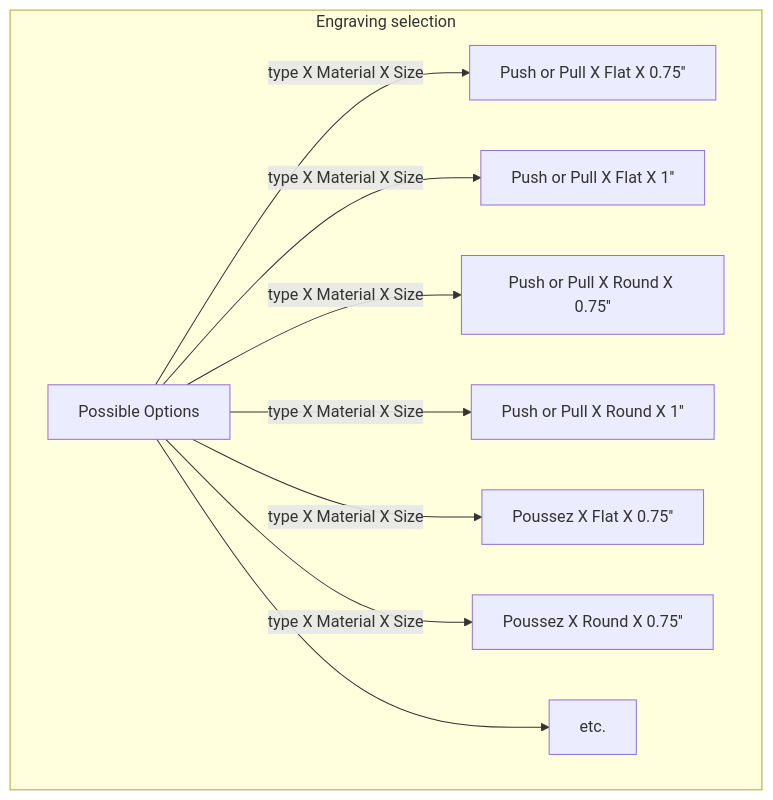
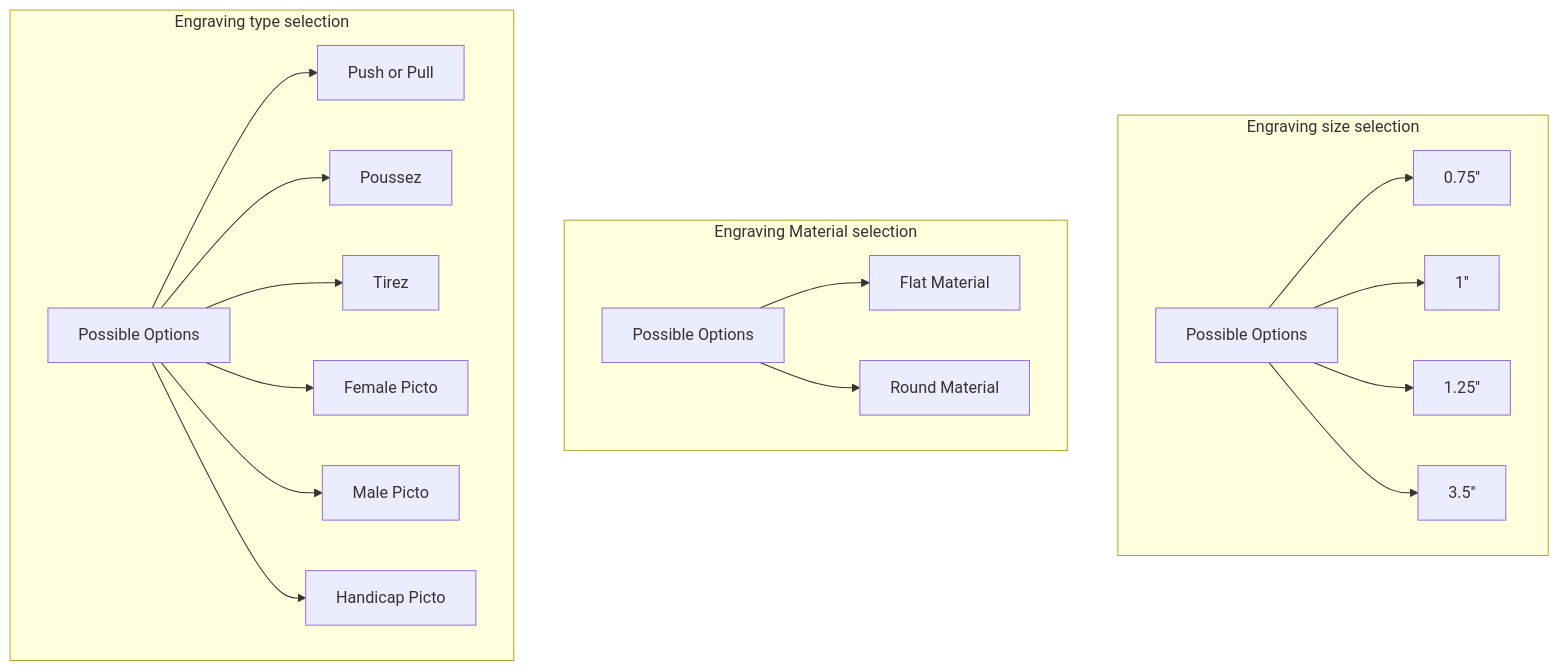
Diagram 32 of 32 in README.md (alokdas81/diamond-pricebook-diagram), drawn with Mermaid before and after one commit. The commit also changed other lines of this file, not shown here.

Commit message:
readme updated for SMH

````diff
--- a/README.md
+++ b/README.md
@@ -1068,14 +1070,27 @@
 ```mermaid
 flowchart TD
 
-subgraph Engraving selection
-N[Possible Options] --> |type X Material X Size| O[Push or Pull X Flat X 0.75'']
-N --> |type X Material X Size| P[Push or Pull X Flat X 1'']
-N --> |type X Material X Size| Q[Push or Pull X Round X 0.75'']
-N --> |type X Material X Size| R[Push or Pull X Round X 1'']
-N --> |type X Material X Size| S[Poussez X Flat X 0.75'']
-N --> |type X Material X Size| T[Poussez X Round X 0.75'']
-N --> U[etc.]
+
+subgraph Engraving size selection
+A[Possible Options] --> B[0.75'']
+A --> C[1'']
+A --> D[1.25'']
+A --> E[3.5'']
+end
+
+
+subgraph Engraving Material selection
+F[Possible Options] --> G[Flat Material]
+F --> H[Round Material]
+end
+
+subgraph Engraving type selection
+N[Possible Options] --> O[Push or Pull]
+N --> P[Poussez]
+N --> Q[Tirez]
+N --> R[Female Picto]
+N --> S[Male Picto]
+N --> T[Handicap Picto]
 end
 
 ```
````
